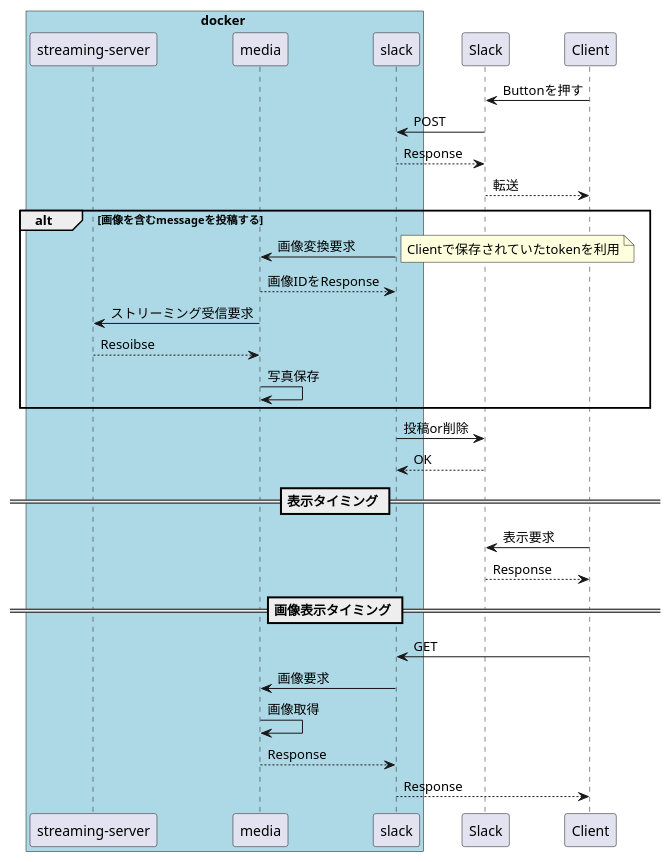
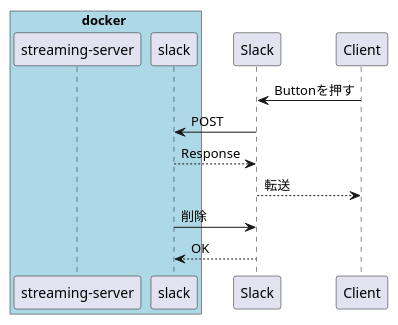
One commit to ilim0t/bushitsuchan-PC changed the diagram in docs/sequence/slack_button.pu. Above: the diagram before and after it, drawn with PlantUML. The commit also changed 5 other files, not shown here.

Commit message:
Update Sequence diagram

```diff
--- a/docs/sequence/slack_button.pu
+++ b/docs/sequence/slack_button.pu
@@ -1,42 +1,18 @@
 @startuml Slack_button
 box docker #LightBlue
 participant "streaming-server"
-participant media
 participant slack
 end box
 
 participant Slack
 participant Client
 
 Client -> Slack: Buttonを押す
 Slack -> slack: POST
 
 slack --> Slack : Response
 Slack --> Client : 転送
 
-alt 画像を含むmessageを投稿する
-	slack -> media: 画像変換要求
-	note right: Clientで保存されていたtokenを利用
-
-    media --> slack: 画像IDをResponse
-
-	media -> "streaming-server": ストリーミング受信要求
-	"streaming-server" --> media: Resoibse
-    media -> media: 写真保存
-end
-
-slack -> Slack: 投稿or削除
+slack -> Slack: 削除
 Slack --> slack: OK
-
-== 表示タイミング ==
-
-Client -> Slack: 表示要求
-Slack --> Client: Response
-
-== 画像表示タイミング ==
-Client -> slack: GET
-slack -> media: 画像要求
-media -> media: 画像取得
-media --> slack: Response
-slack --> Client: Response
 @enduml
```
